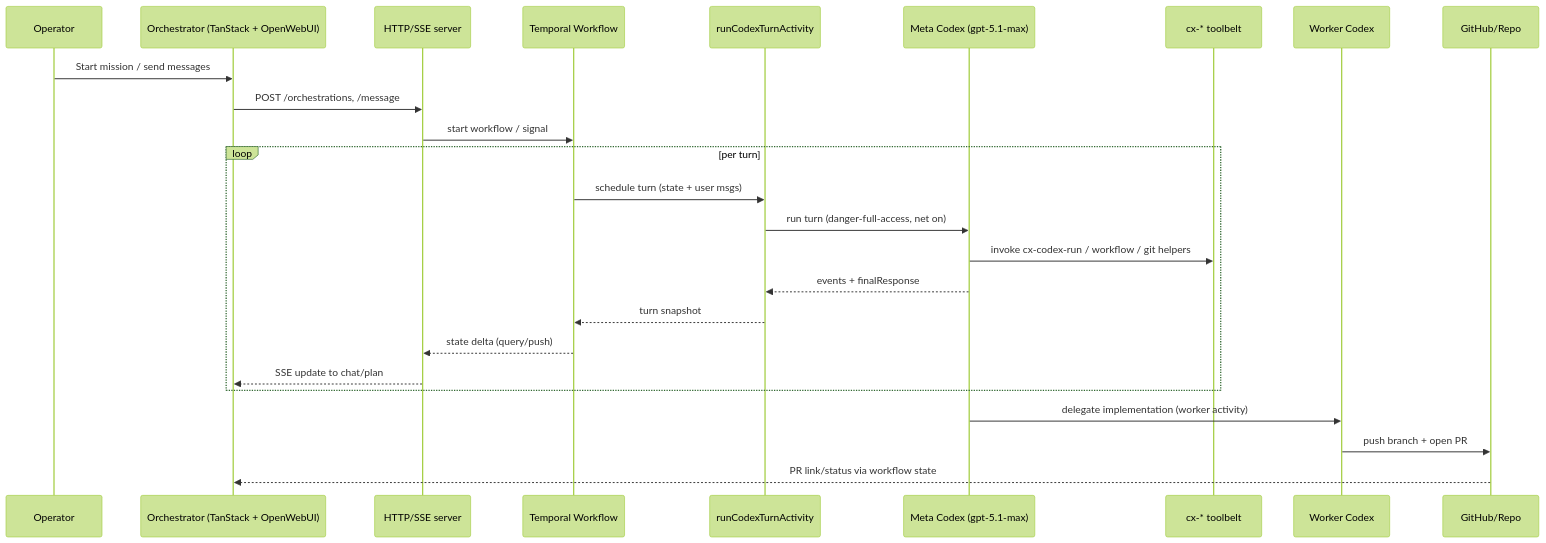
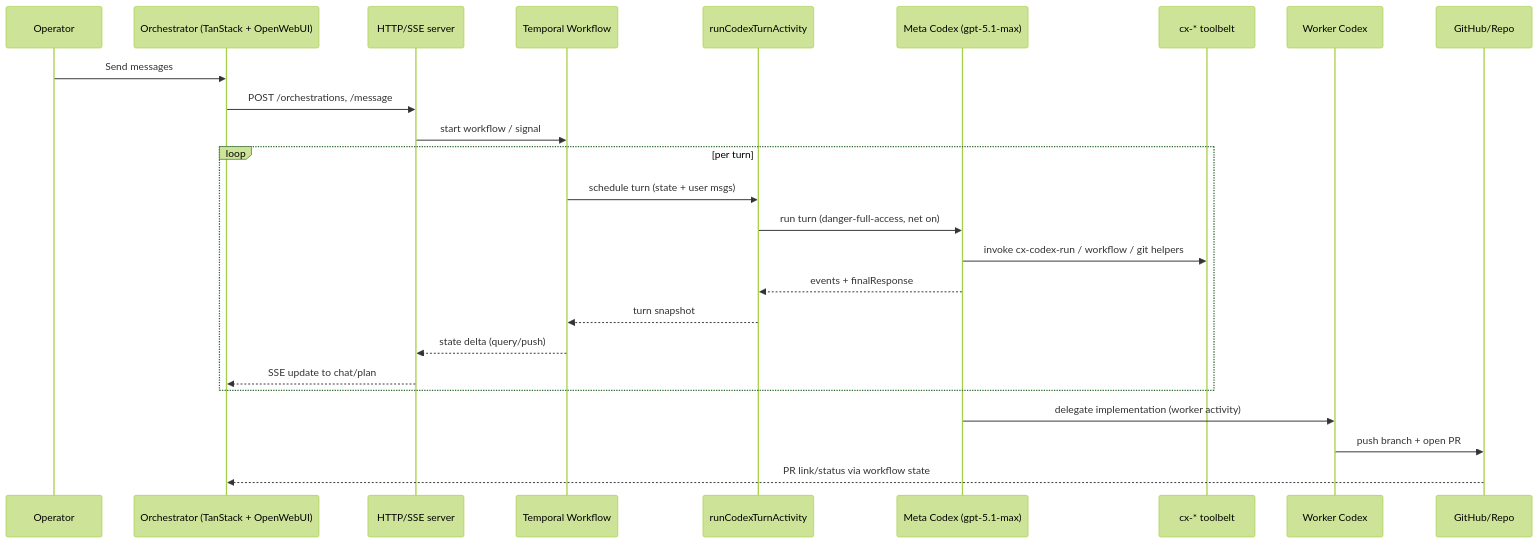
Before and after one commit to proompteng/lab: the first of 3 diagrams in docs/jangar/design.md, drawn with Mermaid (forest theme). The commit also changed other lines of this file and 5 other files, not shown here.

````diff
--- a/docs/jangar/design.md
+++ b/docs/jangar/design.md
@@ -39,28 +39,28 @@
 ```mermaid
 sequenceDiagram
     participant U as Operator
     participant UI as Orchestrator (TanStack + OpenWebUI)
     participant API as HTTP/SSE server
     participant WF as Temporal Workflow
     participant ACT as runCodexTurnActivity
     participant CX as Meta Codex (gpt-5.1-max)
     participant TB as cx-* toolbelt
     participant WK as Worker Codex
     participant GH as GitHub/Repo
 
-    U->>UI: Start mission / send messages
+    U->>UI: Send messages
     UI->>API: POST /orchestrations, /message
     API->>WF: start workflow / signal
     loop per turn
         WF->>ACT: schedule turn (state + user msgs)
         ACT->>CX: run turn (danger-full-access, net on)
     CX->>TB: invoke cx-codex-run / workflow / git helpers
     CX-->>ACT: events + finalResponse
     ACT-->>WF: turn snapshot
         WF-->>API: state delta (query/push)
         API-->>UI: SSE update to chat/plan
     end
     CX->>WK: delegate implementation (worker activity)
     WK->>GH: push branch + open PR
     GH-->>UI: PR link/status via workflow state
 ```
````
